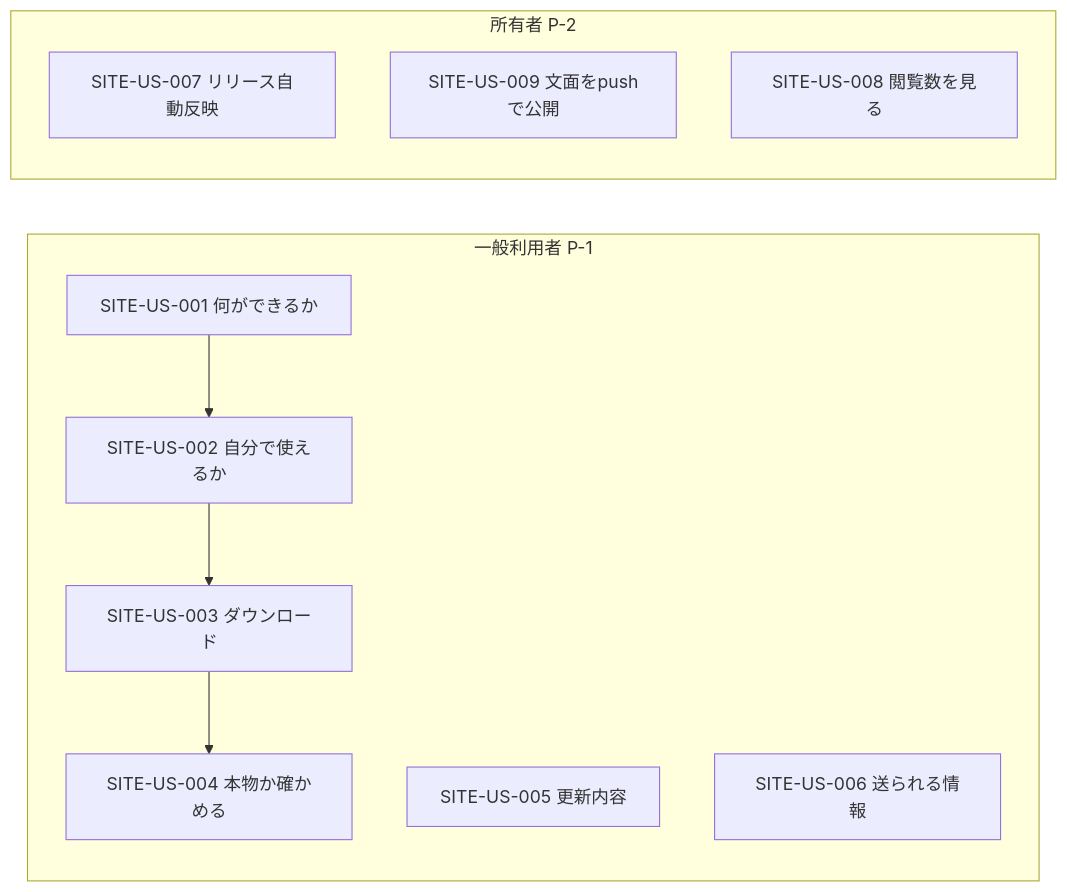
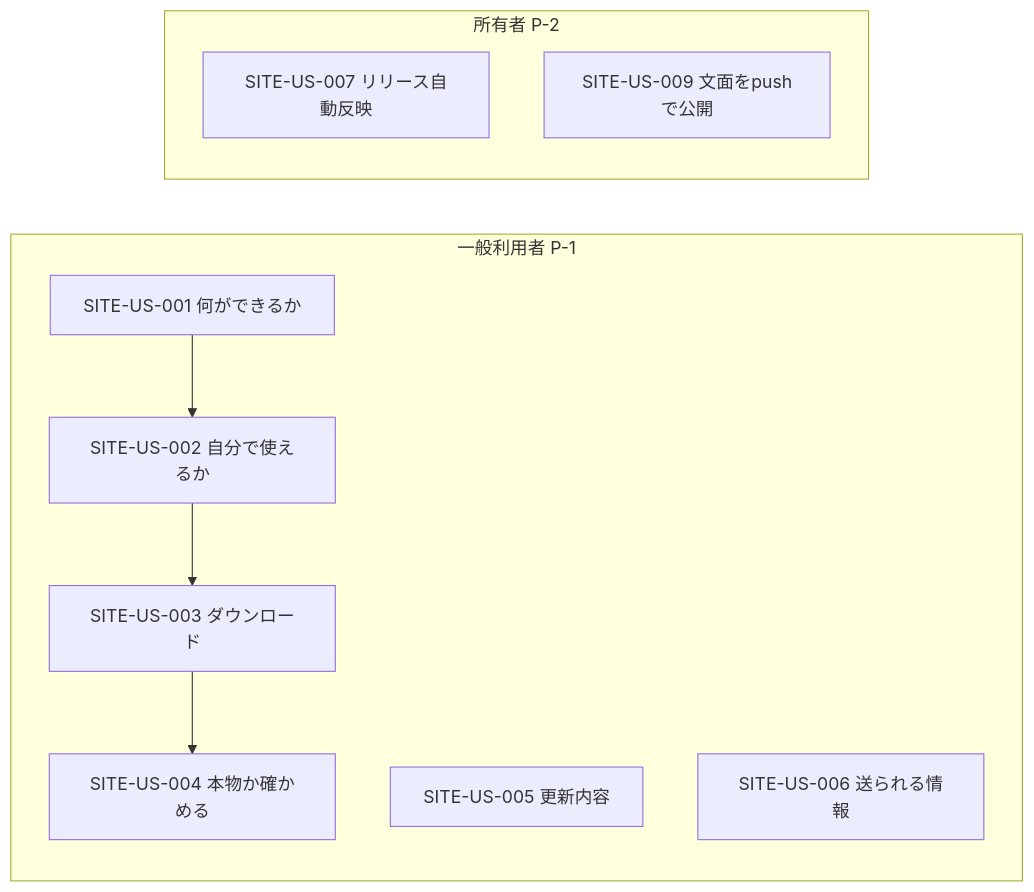
The diagram in docs/design/02_user_stories.md (itiwoja/DC-Designer), drawn with Mermaid before and after one commit. The commit also changed other lines of this file and 14 other files, not shown here.

````diff
--- a/docs/design/02_user_stories.md
+++ b/docs/design/02_user_stories.md
@@ -13,15 +13,14 @@
 ```mermaid
 flowchart LR
   subgraph 一般利用者 P-1
     U1[SITE-US-001 何ができるか] --> U2[SITE-US-002 自分で使えるか]
     U2 --> U3[SITE-US-003 ダウンロード]
     U3 --> U4[SITE-US-004 本物か確かめる]
     U5[SITE-US-005 更新内容]
     U6[SITE-US-006 送られる情報]
   end
   subgraph 所有者 P-2
     U7[SITE-US-007 リリース自動反映]
     U9[SITE-US-009 文面をpushで公開]
-    U8[SITE-US-008 閲覧数を見る]
   end
 ```
````
